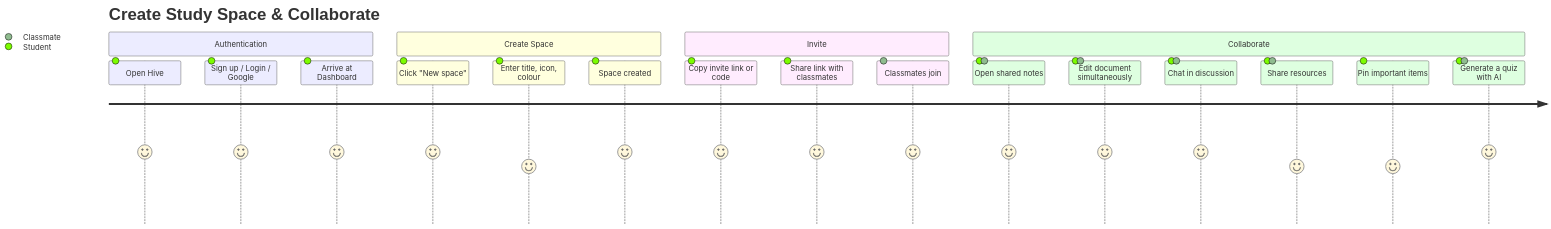
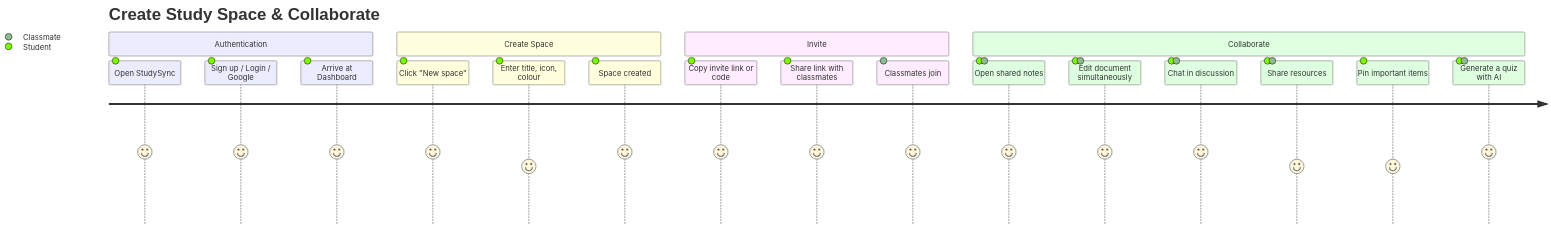
Before and after one commit to Priyansh9506/Hive: diagram 13 of 19 in README.md, drawn with Mermaid. The commit also changed other lines of this file and 17 other files, not shown here.

First line of the commit message:
chore: revert display name to StudySync (keep Hive logo) for the assignment

````diff
--- a/README.md
+++ b/README.md
@@ -1105,23 +1109,23 @@
 ```mermaid
 journey
     title Create Study Space & Collaborate
     section Authentication
-      Open Hive: 5: Student
+      Open StudySync: 5: Student
       Sign up / Login / Google: 5: Student
       Arrive at Dashboard: 5: Student
     section Create Space
       Click "New space": 5: Student
       Enter title, icon, colour: 4: Student
       Space created: 5: Student
     section Invite
       Copy invite link or code: 5: Student
       Share link with classmates: 5: Student
       Classmates join: 5: Classmate
     section Collaborate
       Open shared notes: 5: Student, Classmate
       Edit document simultaneously: 5: Student, Classmate
       Chat in discussion: 5: Student, Classmate
       Share resources: 4: Student, Classmate
       Pin important items: 4: Student
       Generate a quiz with AI: 5: Student, Classmate
 ```
````
